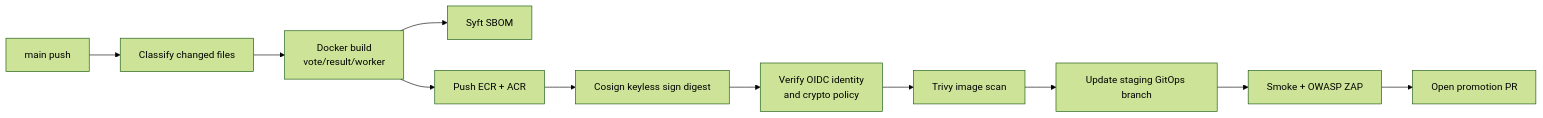
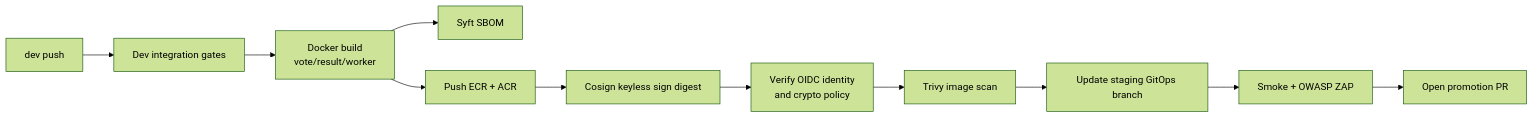
The third of 4 diagrams in docs/teacher-aligned-architecture.md (erotonin/openstack-devsecops-voting), drawn with Mermaid (forest theme) before and after one commit. The commit also changed other lines of this file and 13 other files, not shown here.

Commit message:
ci: build and deploy staging from dev

````diff
--- a/docs/teacher-aligned-architecture.md
+++ b/docs/teacher-aligned-architecture.md
@@ -127,13 +127,13 @@
 ```mermaid
 flowchart LR
-  Source["main push"] --> Classify["Classify changed files"]
-  Classify --> Build["Docker build\nvote/result/worker"]
+  Source["dev push"] --> DevGate["Dev integration gates"]
+  DevGate --> Build["Docker build\nvote/result/worker"]
   Build --> SBOM["Syft SBOM"]
   Build --> Push["Push ECR + ACR"]
   Push --> Sign["Cosign keyless sign digest"]
   Sign --> Verify["Verify OIDC identity\nand crypto policy"]
   Verify --> Trivy["Trivy image scan"]
   Trivy --> Staging["Update staging GitOps branch"]
   Staging --> DAST["Smoke + OWASP ZAP"]
   DAST --> PR["Open promotion PR"]
 ```
````
